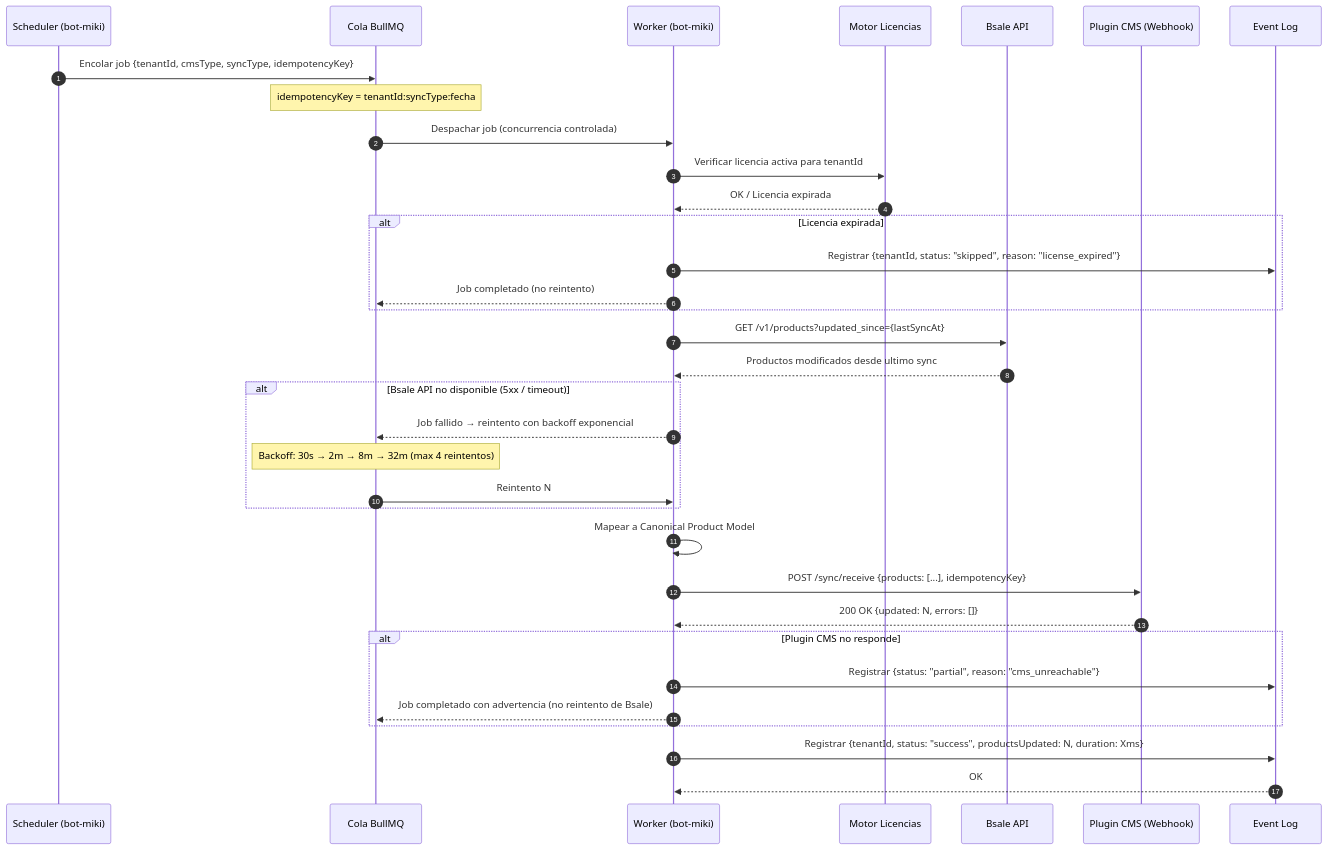
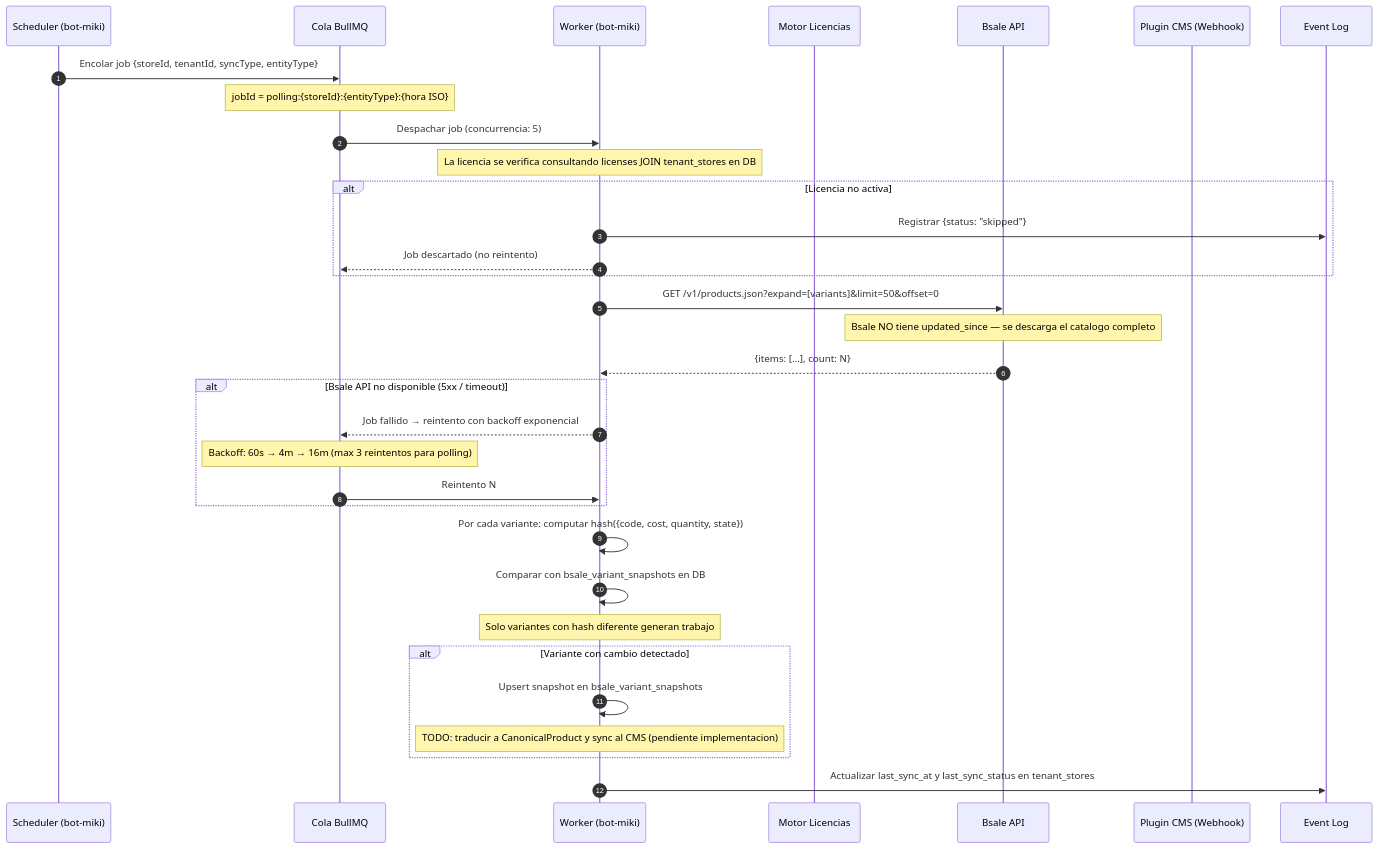
Before and after one commit to Jpcorp/kpcrop-latam-zollner-platform: the diagram in docs/architecture/flows/sync-auto.md, drawn with Mermaid. The commit also changed other lines of this file and 8 other files, not shown here.

````diff
--- a/docs/architecture/flows/sync-auto.md
+++ b/docs/architecture/flows/sync-auto.md
@@ -5,44 +5,43 @@
 ```mermaid
 sequenceDiagram
     autonumber
     participant SCH as Scheduler (bot-miki)
     participant Q as Cola BullMQ
     participant W as Worker (bot-miki)
     participant LIC as Motor Licencias
     participant BS as Bsale API
     participant P as Plugin CMS (Webhook)
     participant LOG as Event Log
 
-    SCH->>Q: Encolar job {tenantId, cmsType, syncType, idempotencyKey}
-    Note over Q: idempotencyKey = tenantId:syncType:fecha
+    SCH->>Q: Encolar job {storeId, tenantId, syncType, entityType}
+    Note over Q: jobId = polling:{storeId}:{entityType}:{hora ISO}
 
-    Q->>W: Despachar job (concurrencia controlada)
-    W->>LIC: Verificar licencia activa para tenantId
-    LIC-->>W: OK / Licencia expirada
+    Q->>W: Despachar job (concurrencia: 5)
+    Note over W: La licencia se verifica consultando licenses JOIN tenant_stores en DB
 
-    alt Licencia expirada
-        W->>LOG: Registrar {tenantId, status: "skipped", reason: "license_expired"}
-        W-->>Q: Job completado (no reintento)
+    alt Licencia no activa
+        W->>LOG: Registrar {status: "skipped"}
+        W-->>Q: Job descartado (no reintento)
     end
 
-    W->>BS: GET /v1/products?updated_since={lastSyncAt}
-    BS-->>W: Productos modificados desde ultimo sync
+    W->>BS: GET /v1/products.json?expand=[variants]&limit=50&offset=0
+    Note over BS: Bsale NO tiene updated_since — se descarga el catalogo completo
+    BS-->>W: {items: [...], count: N}
 
     alt Bsale API no disponible (5xx / timeout)
         W-->>Q: Job fallido → reintento con backoff exponencial
-        Note over Q: Backoff: 30s → 2m → 8m → 32m (max 4 reintentos)
+        Note over Q: Backoff: 60s → 4m → 16m (max 3 reintentos para polling)
         Q->>W: Reintento N
     end
 
-    W->>W: Mapear a Canonical Product Model
-    W->>P: POST /sync/receive {products: [...], idempotencyKey}
-    P-->>W: 200 OK {updated: N, errors: []}
+    W->>W: Por cada variante: computar hash({code, cost, quantity, state})
+    W->>W: Comparar con bsale_variant_snapshots en DB
+    Note over W: Solo variantes con hash diferente generan trabajo
 
-    alt Plugin CMS no responde
-        W->>LOG: Registrar {status: "partial", reason: "cms_unreachable"}
-        W-->>Q: Job completado con advertencia (no reintento de Bsale)
+    alt Variante con cambio detectado
+        W->>W: Upsert snapshot en bsale_variant_snapshots
+        Note over W: TODO: traducir a CanonicalProduct y sync al CMS (pendiente implementacion)
     end
 
-    W->>LOG: Registrar {tenantId, status: "success", productsUpdated: N, duration: Xms}
-    LOG-->>W: OK
+    W->>LOG: Actualizar last_sync_at y last_sync_status en tenant_stores
 ```
````
